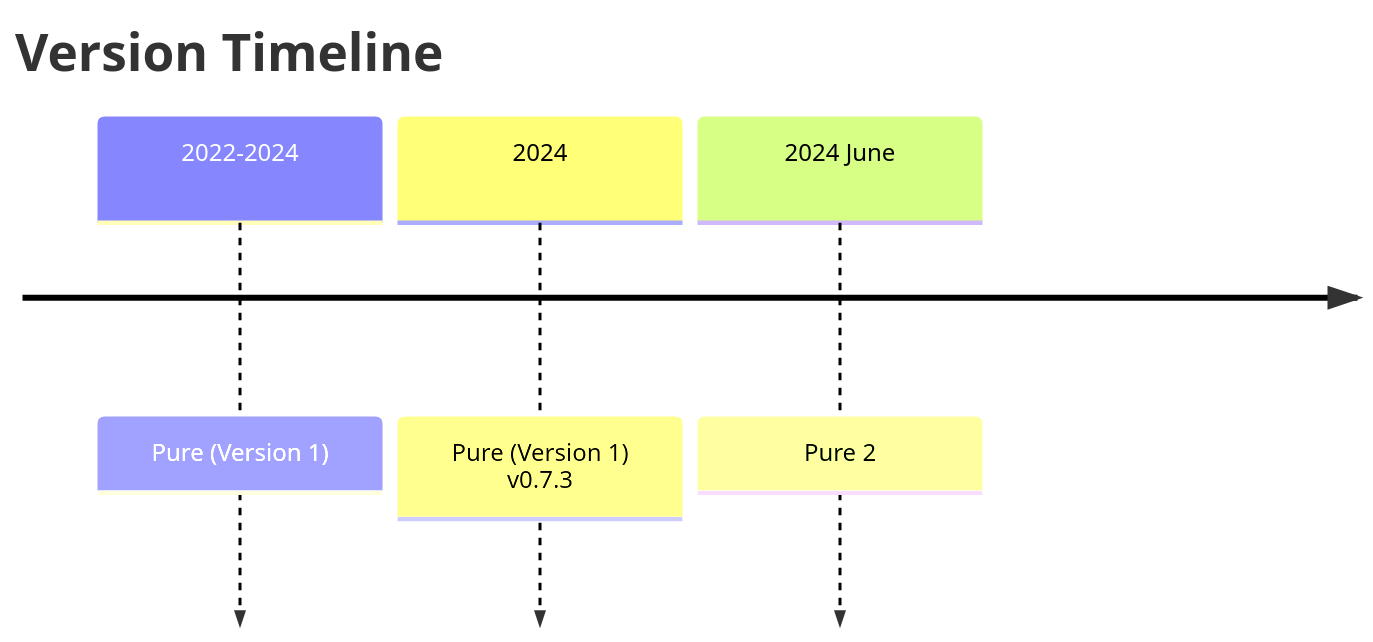
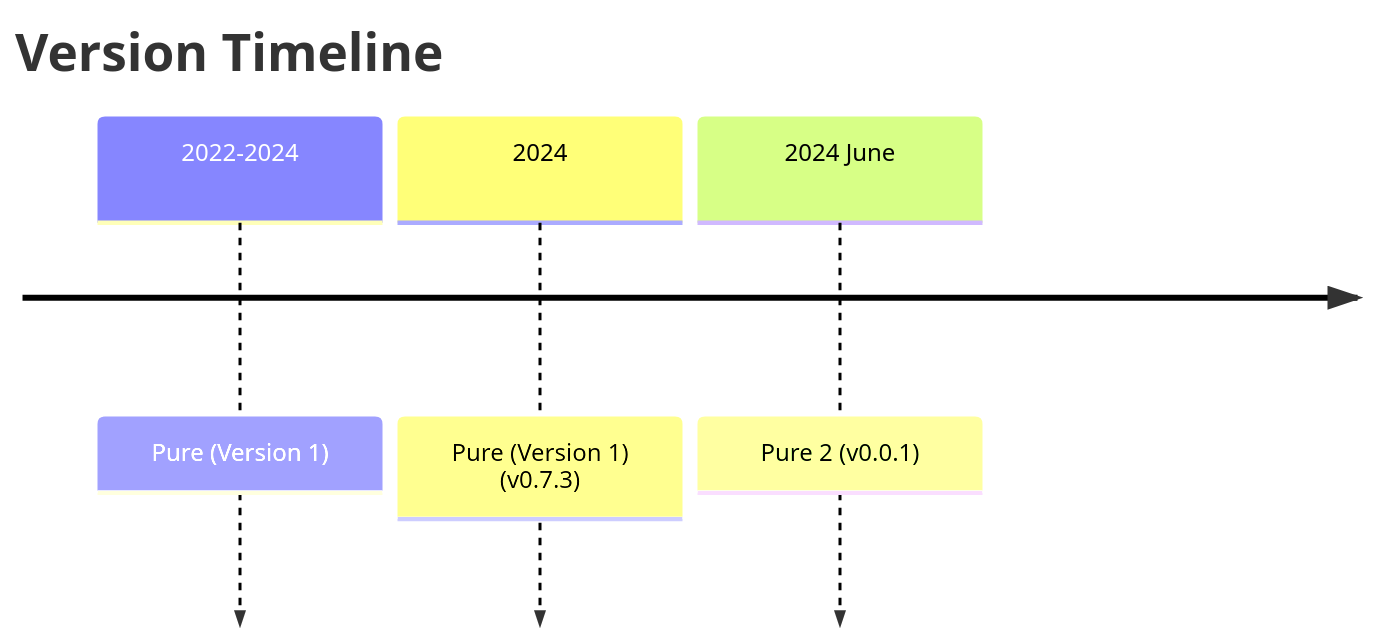
One commit to Pure-the-Language/Pure2 changed the diagram in README.md. Above: the diagram before and after it, drawn with Mermaid. The commit also changed other lines of this file and 51 other files, not shown here.

````diff
--- a/README.md
+++ b/README.md
@@ -43,7 +30,7 @@
 ```mermaid
 timeline
     Title Version Timeline
     2022-2024: Pure (Version 1)
-    2024: Pure (Version 1) v0.7.3
-    2024 June: Pure 2
+    2024: Pure (Version 1) (v0.7.3)
+    2024 June: Pure 2 (v0.0.1)
 ```
````
